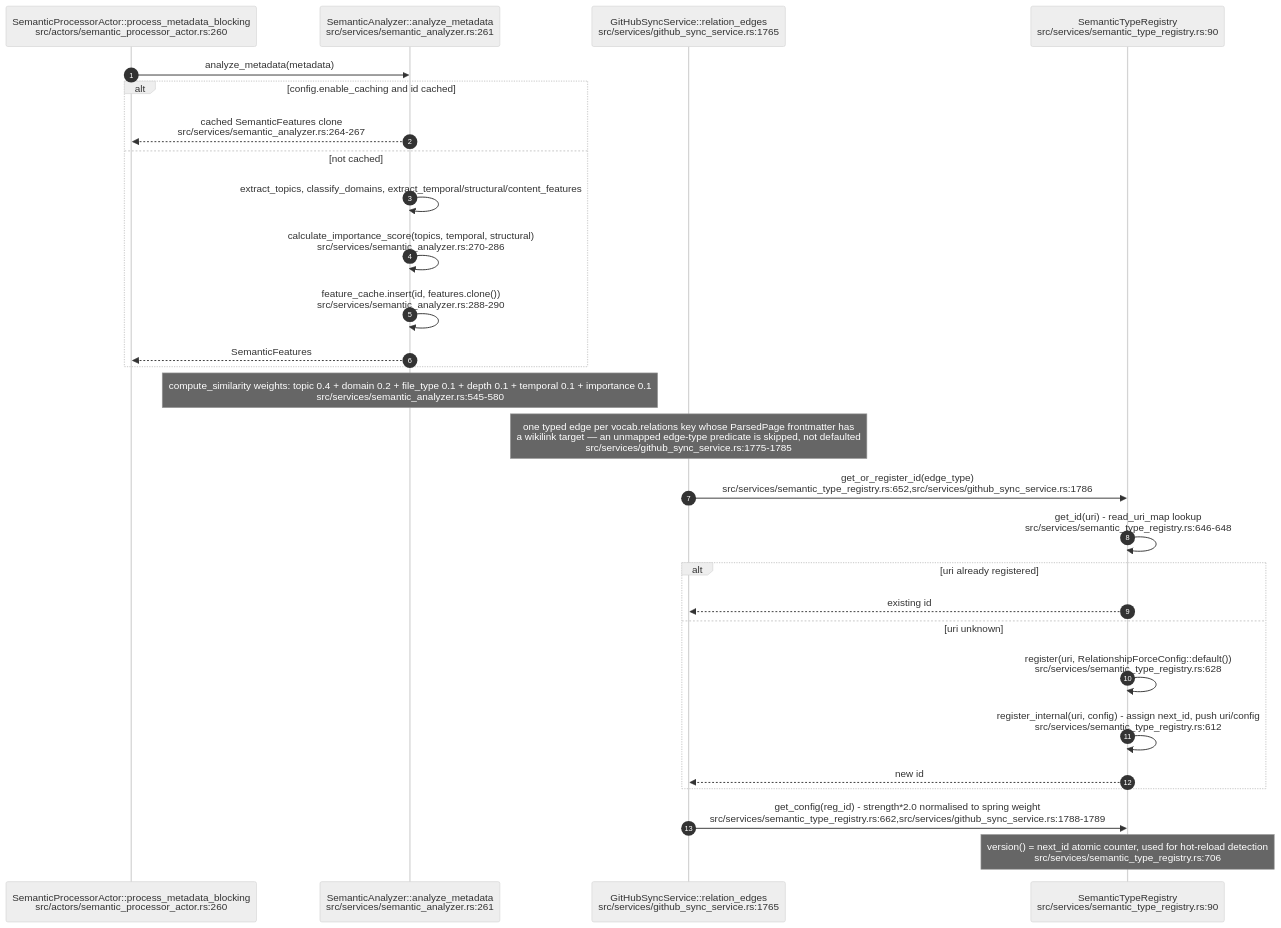
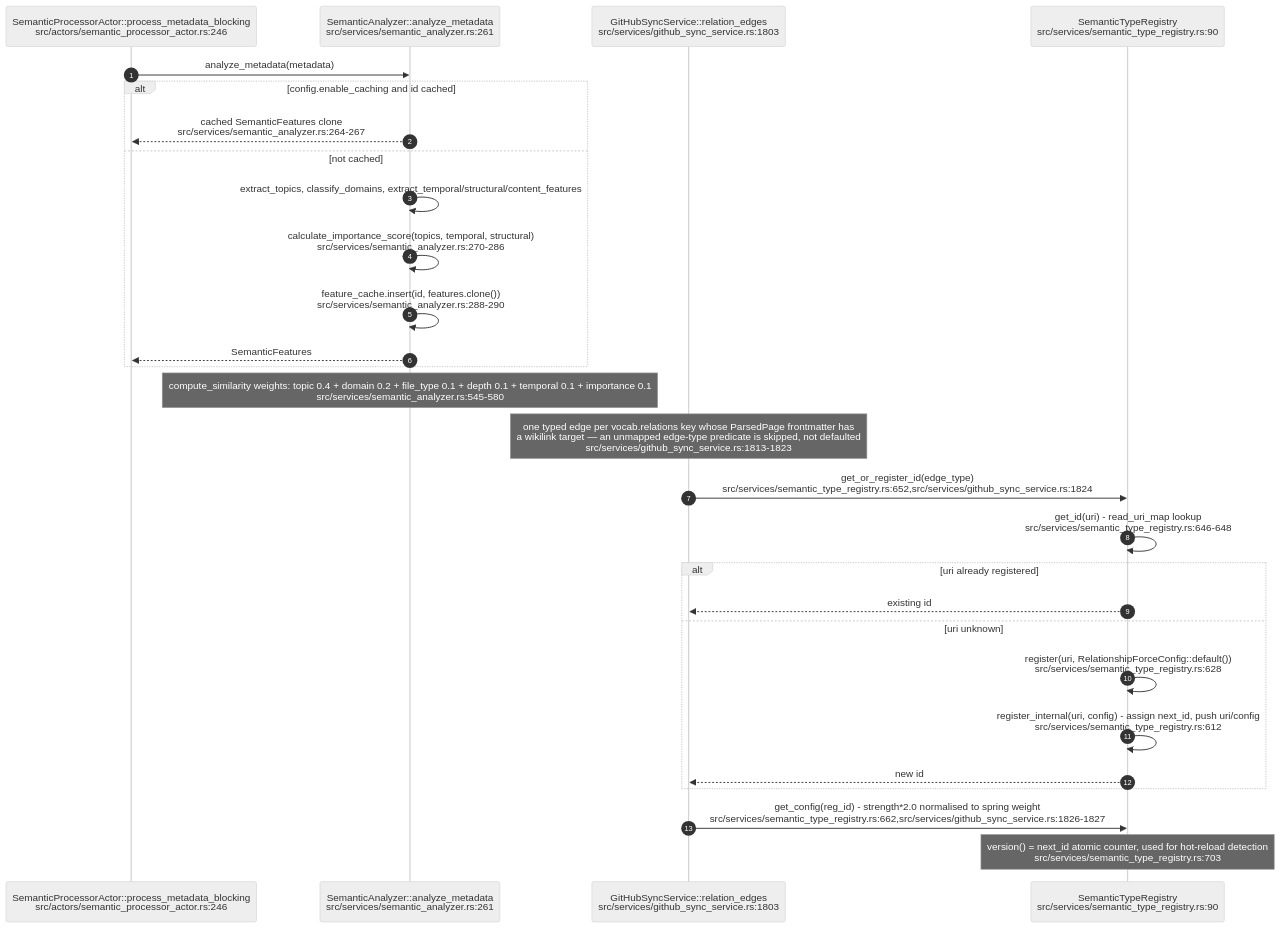
Before and after one commit to DreamLab-AI/VisionFlow: the eighth of 11 diagrams in docs/diagrams/visionclaw/25-insight-kpi-nlq-semantics.md, drawn with Mermaid (neutral theme). The commit also changed other lines of this file and 160 other files, not shown here.

````diff
--- a/docs/diagrams/visionclaw/25-insight-kpi-nlq-semantics.md
+++ b/docs/diagrams/visionclaw/25-insight-kpi-nlq-semantics.md
@@ -353,32 +358,32 @@
 ```mermaid
 sequenceDiagram
     autonumber
-    participant SPA as SemanticProcessorActor::process_metadata_blocking<br/>src/actors/semantic_processor_actor.rs:260
+    participant SPA as SemanticProcessorActor::process_metadata_blocking<br/>src/actors/semantic_processor_actor.rs:246
     participant SA as SemanticAnalyzer::analyze_metadata<br/>src/services/semantic_analyzer.rs:261
-    participant GS as GitHubSyncService::relation_edges<br/>src/services/github_sync_service.rs:1765
+    participant GS as GitHubSyncService::relation_edges<br/>src/services/github_sync_service.rs:1803
     participant REG as SemanticTypeRegistry<br/>src/services/semantic_type_registry.rs:90
 
     SPA->>SA: analyze_metadata(metadata)
     alt config.enable_caching and id cached
         SA-->>SPA: cached SemanticFeatures clone<br/>src/services/semantic_analyzer.rs:264-267
     else not cached
         SA->>SA: extract_topics, classify_domains, extract_temporal/structural/content_features
         SA->>SA: calculate_importance_score(topics, temporal, structural)<br/>src/services/semantic_analyzer.rs:270-286
         SA->>SA: feature_cache.insert(id, features.clone())<br/>src/services/semantic_analyzer.rs:288-290
         SA-->>SPA: SemanticFeatures
     end
     Note over SA: compute_similarity weights: topic 0.4 + domain 0.2 + file_type 0.1 + depth 0.1 + temporal 0.1 + importance 0.1<br/>src/services/semantic_analyzer.rs:545-580
 
-    Note over GS: one typed edge per vocab.relations key whose ParsedPage frontmatter has<br/>a wikilink target — an unmapped edge-type predicate is skipped, not defaulted<br/>src/services/github_sync_service.rs:1775-1785
-    GS->>REG: get_or_register_id(edge_type)<br/>src/services/semantic_type_registry.rs:652,src/services/github_sync_service.rs:1786
+    Note over GS: one typed edge per vocab.relations key whose ParsedPage frontmatter has<br/>a wikilink target — an unmapped edge-type predicate is skipped, not defaulted<br/>src/services/github_sync_service.rs:1813-1823
+    GS->>REG: get_or_register_id(edge_type)<br/>src/services/semantic_type_registry.rs:652,src/services/github_sync_service.rs:1824
     REG->>REG: get_id(uri) - read_uri_map lookup<br/>src/services/semantic_type_registry.rs:646-648
     alt uri already registered
         REG-->>GS: existing id
     else uri unknown
         REG->>REG: register(uri, RelationshipForceConfig::default())<br/>src/services/semantic_type_registry.rs:628
         REG->>REG: register_internal(uri, config) - assign next_id, push uri/config<br/>src/services/semantic_type_registry.rs:612
         REG-->>GS: new id
     end
-    GS->>REG: get_config(reg_id) - strength*2.0 normalised to spring weight<br/>src/services/semantic_type_registry.rs:662,src/services/github_sync_service.rs:1788-1789
-    Note over REG: version() = next_id atomic counter, used for hot-reload detection<br/>src/services/semantic_type_registry.rs:706
+    GS->>REG: get_config(reg_id) - strength*2.0 normalised to spring weight<br/>src/services/semantic_type_registry.rs:662,src/services/github_sync_service.rs:1826-1827
+    Note over REG: version() = next_id atomic counter, used for hot-reload detection<br/>src/services/semantic_type_registry.rs:703
 ```
````
